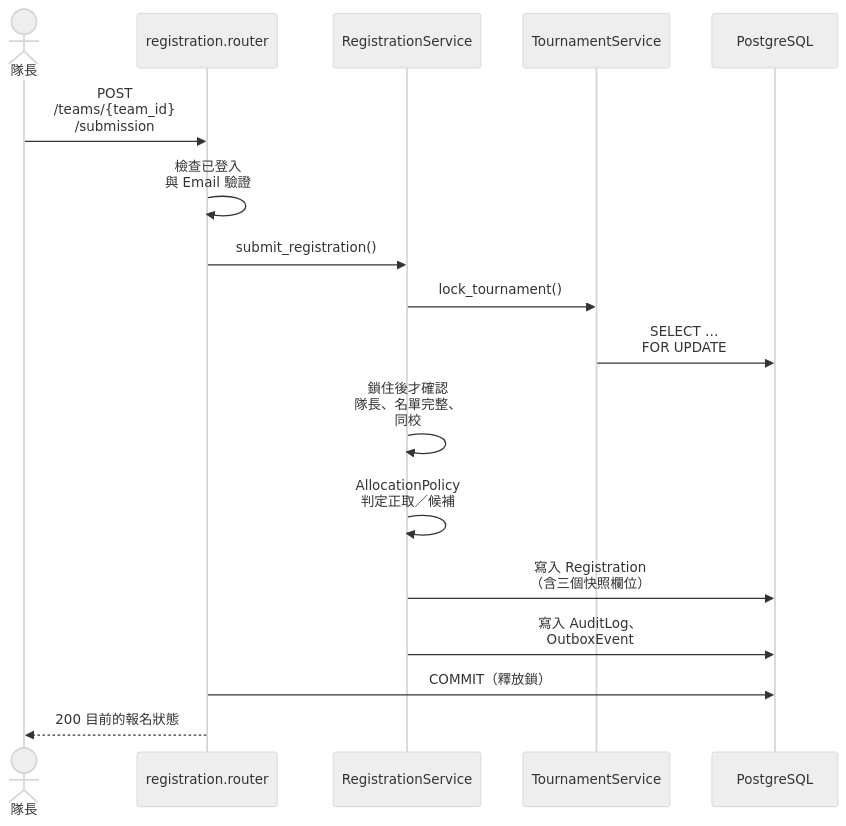
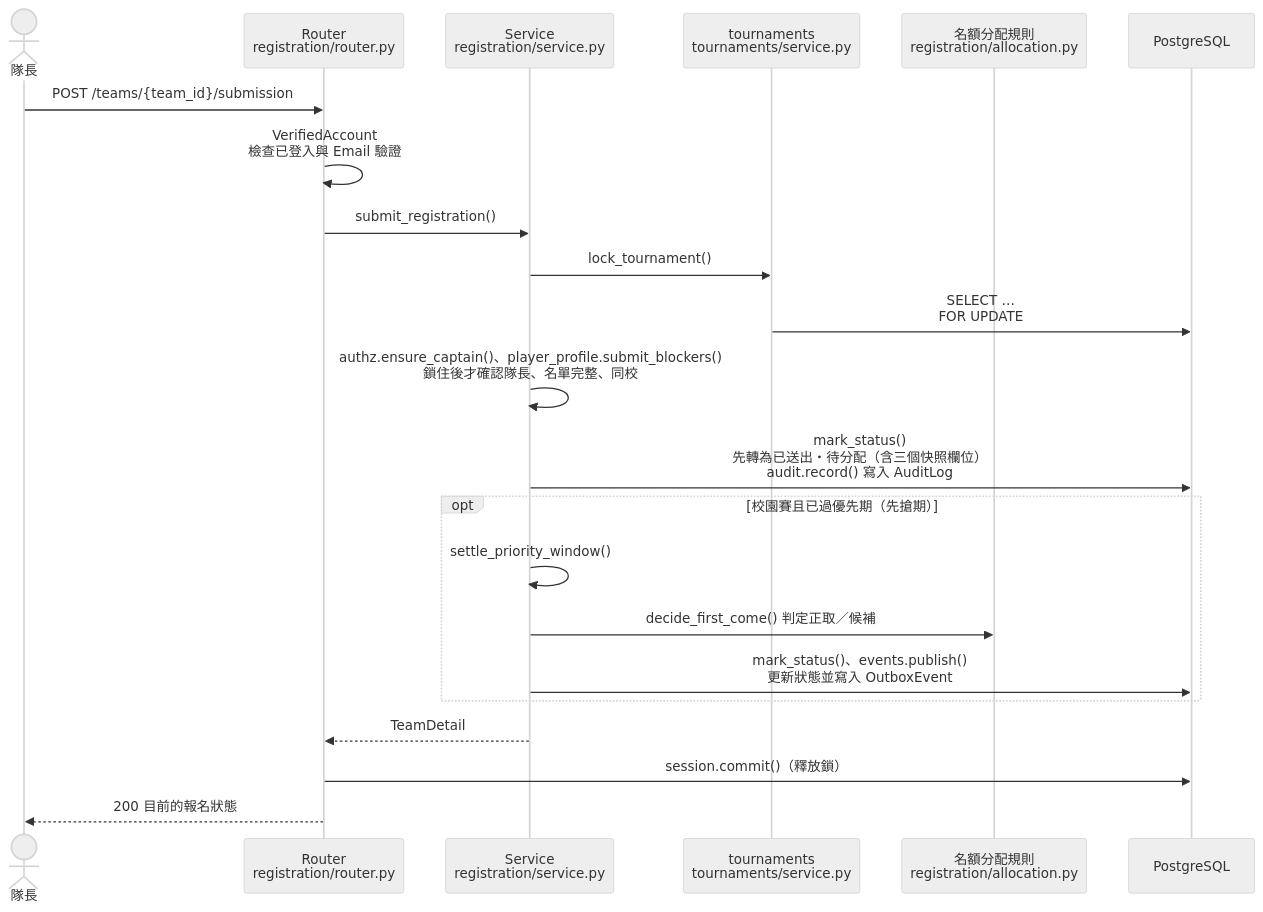
Before and after one commit to Team14good/esport-platform: the fourth of 6 diagrams in docs/midterm/C-軟體設計文件.md, drawn with Mermaid (neutral theme). The commit also changed other lines of this file and 27 other files, not shown here.

First line of the commit message:
docs: B、C、D 其餘的圖全部對照程式標註 (#92)

````diff
--- a/docs/midterm/C-軟體設計文件.md
+++ b/docs/midterm/C-軟體設計文件.md
@@ -223,19 +225,24 @@
 ```mermaid
 sequenceDiagram
   actor Cap as 隊長
-  participant R as registration.router
-  participant S as RegistrationService
-  participant T as TournamentService
+  participant R as Router<br/>registration/router.py
+  participant S as Service<br/>registration/service.py
+  participant T as tournaments<br/>tournaments/service.py
+  participant AP as 名額分配規則<br/>registration/allocation.py
   participant DB as PostgreSQL
-  Cap->>R: POST<br/>/teams/{team_id}<br/>/submission
-  R->>R: 檢查已登入<br/>與 Email 驗證
+  Cap->>R: POST /teams/{team_id}/submission
+  R->>R: VerifiedAccount<br/>檢查已登入與 Email 驗證
   R->>S: submit_registration()
   S->>T: lock_tournament()
   T->>DB: SELECT …<br/>FOR UPDATE
-  S->>S: 鎖住後才確認<br/>隊長、名單完整、<br/>同校
-  S->>S: AllocationPolicy<br/>判定正取／候補
-  S->>DB: 寫入 Registration<br/>（含三個快照欄位）
-  S->>DB: 寫入 AuditLog、<br/>OutboxEvent
-  R->>DB: COMMIT（釋放鎖）
+  S->>S: authz.ensure_captain()、player_profile.submit_blockers()<br/>鎖住後才確認隊長、名單完整、同校
+  S->>DB: mark_status()<br/>先轉為已送出・待分配（含三個快照欄位）<br/>audit.record() 寫入 AuditLog
+  opt 校園賽且已過優先期（先搶期）
+    S->>S: settle_priority_window()
+    S->>AP: decide_first_come() 判定正取／候補
+    S->>DB: mark_status()、events.publish()<br/>更新狀態並寫入 OutboxEvent
+  end
+  S-->>R: TeamDetail
+  R->>DB: session.commit()（釋放鎖）
   R-->>Cap: 200 目前的報名狀態
 ```
````
